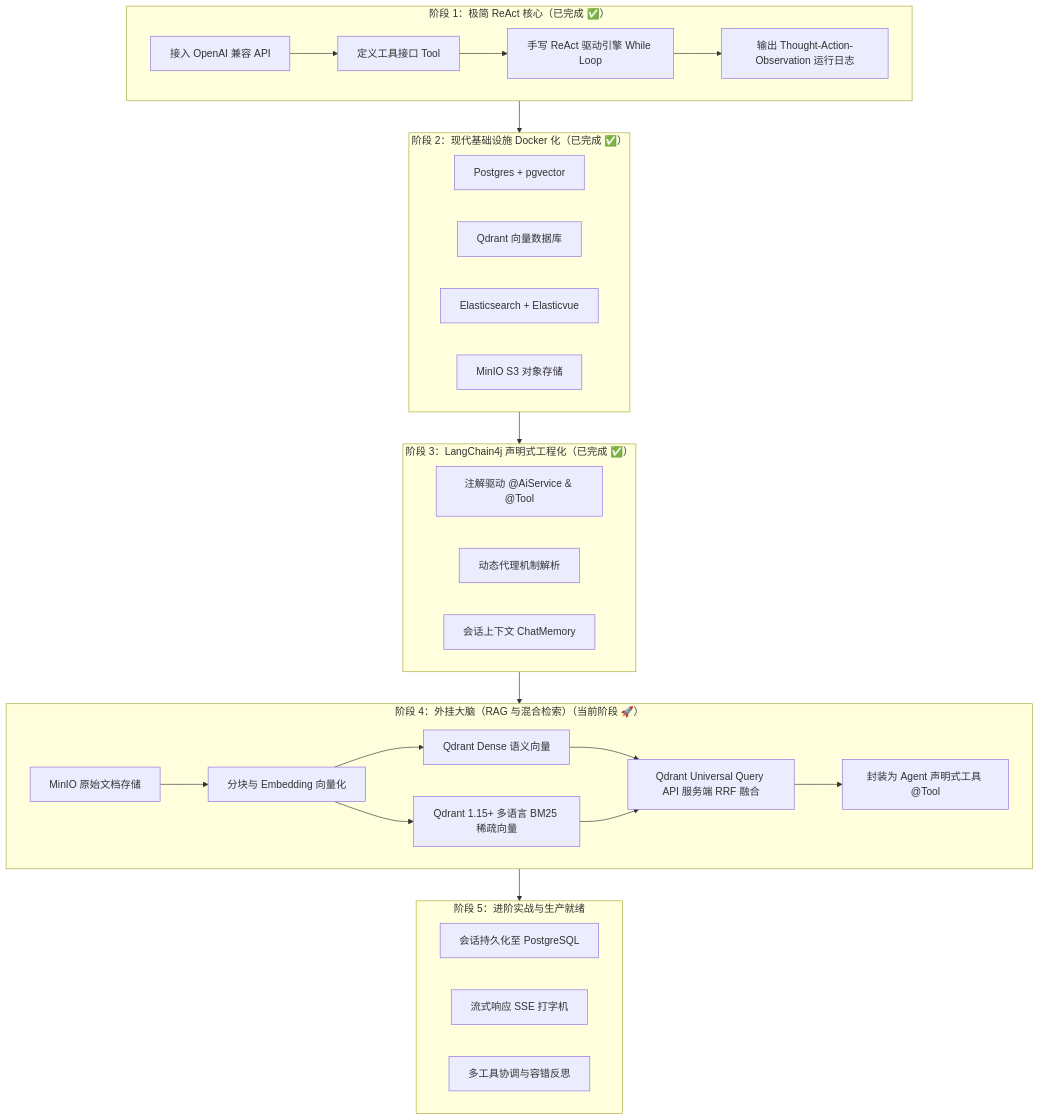
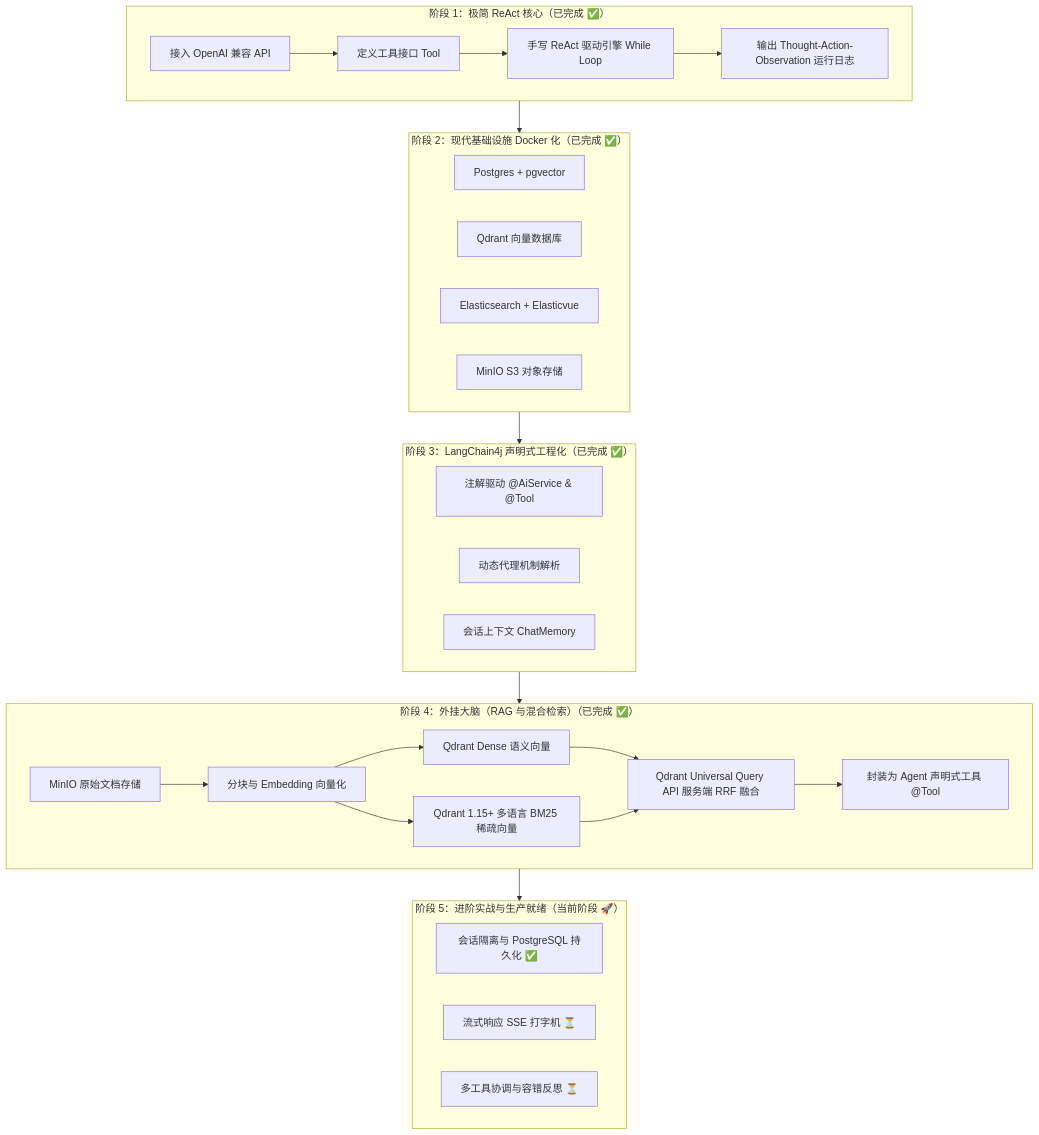
The diagram in ROADMAP.md (AKYakult/LearnAgent), drawn with Mermaid before and after one commit. The commit also changed other lines of this file and 10 other files, not shown here.

Commit message:
feat(memory): implement multi-session isolation and PostgreSQL chat memory persistence

````diff
--- a/ROADMAP.md
+++ b/ROADMAP.md
@@ -10,40 +10,40 @@
 ```mermaid
 flowchart TD
     subgraph Phase1["阶段 1：极简 ReAct 核心（已完成 ✅）"]
         P1_1[接入 OpenAI 兼容 API] --> P1_2[定义工具接口 Tool]
         P1_2 --> P1_3[手写 ReAct 驱动引擎 While Loop]
         P1_3 --> P1_4[输出 Thought-Action-Observation 运行日志]
     end
 
     subgraph Phase2["阶段 2：现代基础设施 Docker 化（已完成 ✅）"]
         P2_1[Postgres + pgvector]
         P2_2[Qdrant 向量数据库]
         P2_3[Elasticsearch + Elasticvue]
         P2_4[MinIO S3 对象存储]
     end
 
     subgraph Phase3["阶段 3：LangChain4j 声明式工程化（已完成 ✅）"]
         P3_1[注解驱动 @AiService & @Tool]
         P3_2[动态代理机制解析]
         P3_3[会话上下文 ChatMemory]
     end
 
-    subgraph Phase4["阶段 4：外挂大脑（RAG 与混合检索）（当前阶段 🚀）"]
+    subgraph Phase4["阶段 4：外挂大脑（RAG 与混合检索）（已完成 ✅）"]
         P4_1[MinIO 原始文档存储] --> P4_2[分块与 Embedding 向量化]
         P4_2 --> P4_3[Qdrant Dense 语义向量]
         P4_2 --> P4_4[Qdrant 1.15+ 多语言 BM25 稀疏向量]
         P4_3 & P4_4 --> P4_5[Qdrant Universal Query API 服务端 RRF 融合]
         P4_5 --> P4_6[封装为 Agent 声明式工具 @Tool]
     end
 
-    subgraph Phase5["阶段 5：进阶实战与生产就绪"]
-        P5_1[会话持久化至 PostgreSQL]
-        P5_2[流式响应 SSE 打字机]
-        P5_3[多工具协调与容错反思]
+    subgraph Phase5["阶段 5：进阶实战与生产就绪（当前阶段 🚀）"]
+        P5_1[会话隔离与 PostgreSQL 持久化 ✅]
+        P5_2[流式响应 SSE 打字机 ⏳]
+        P5_3[多工具协调与容错反思 ⏳]
     end
 
     Phase1 --> Phase2
     Phase2 --> Phase3
     Phase3 --> Phase4
     Phase4 --> Phase5
 ```
````
